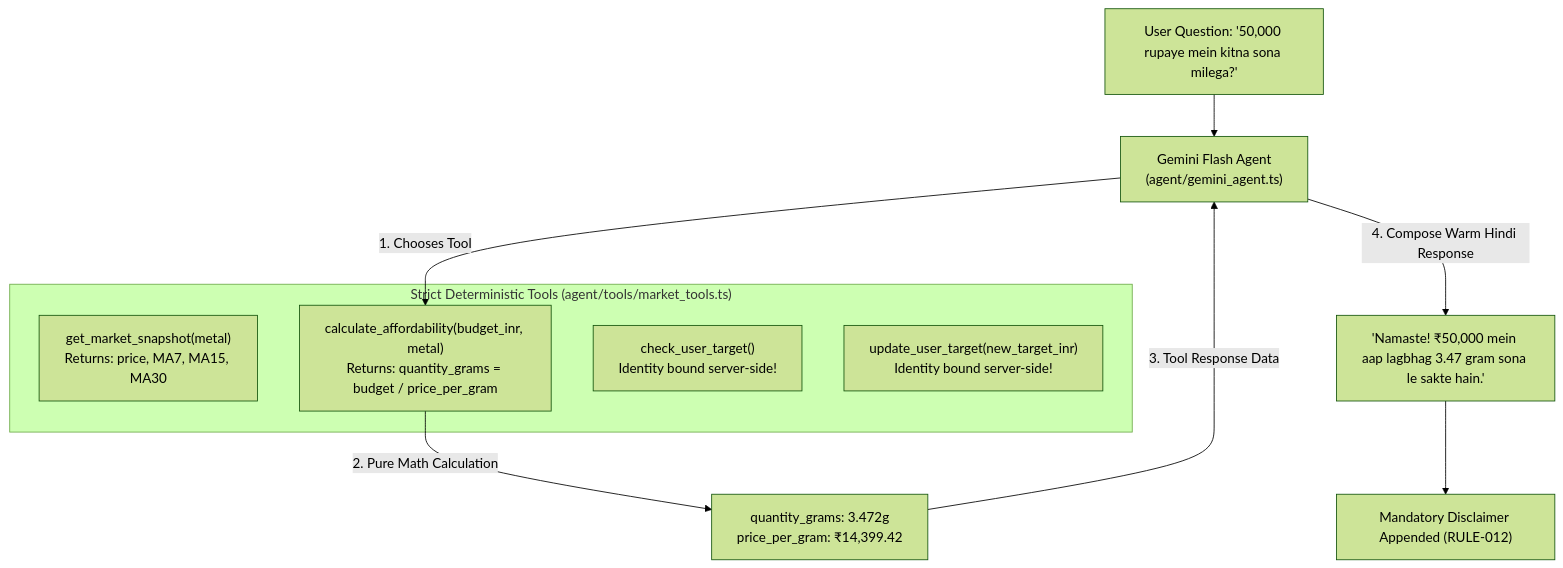
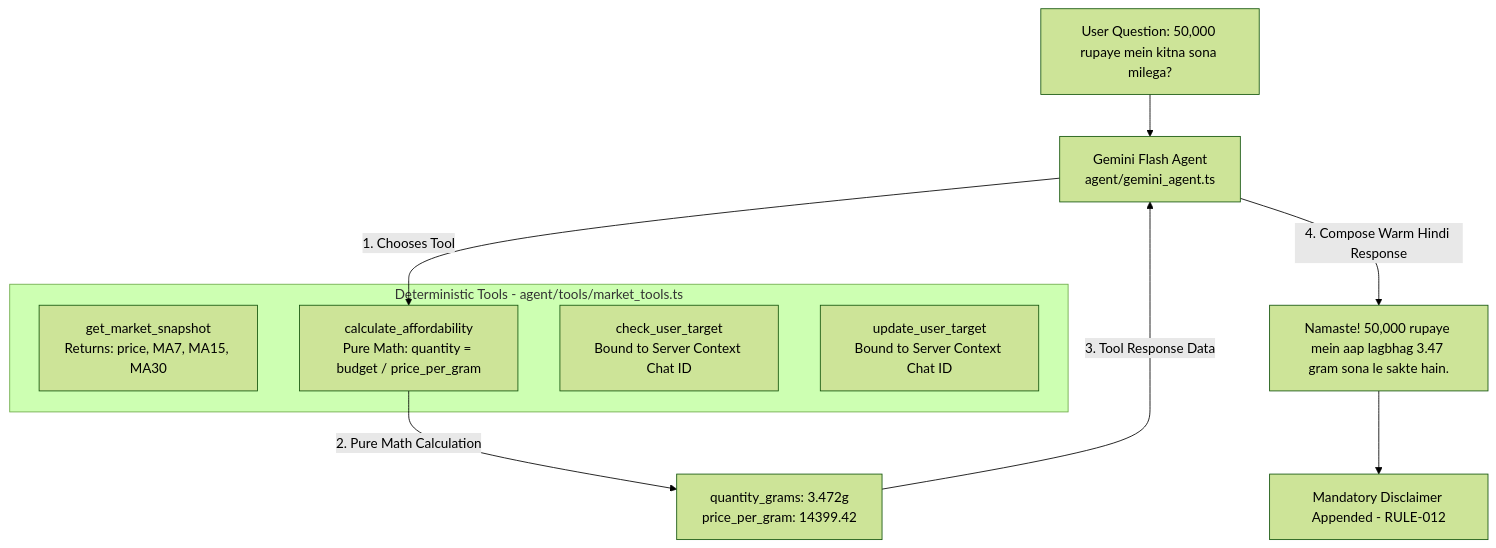
The fourth of 7 diagrams in README.md (HarshkumarG007/AurumAI), drawn with Mermaid (forest theme) before and after one commit. The commit also changed other lines of this file, not shown here.

Commit message:
fix(docs): resolve GitHub Mermaid diagram syntax errors and clean formatting

````diff
--- a/README.md
+++ b/README.md
@@ -291,17 +294,17 @@
 ```mermaid
 flowchart TD
-    USER_MSG["User Question: '50,000 rupaye mein kitna sona milega?'"] --> AGENT["Gemini Flash Agent<br>(agent/gemini_agent.ts)"]
+    USER_MSG["User Question: 50,000 rupaye mein kitna sona milega?"] --> AGENT["Gemini Flash Agent<br/>agent/gemini_agent.ts"]
     
-    subgraph Tool_Box["Strict Deterministic Tools (agent/tools/market_tools.ts)"]
-        T1["get_market_snapshot(metal)<br>Returns: price, MA7, MA15, MA30"]
-        T2["calculate_affordability(budget_inr, metal)<br>Returns: quantity_grams = budget / price_per_gram"]
-        T3["check_user_target()<br>Identity bound server-side!"]
-        T4["update_user_target(new_target_inr)<br>Identity bound server-side!"]
+    subgraph Deterministic_Tools ["Deterministic Tools - agent/tools/market_tools.ts"]
+        T1["get_market_snapshot<br/>Returns: price, MA7, MA15, MA30"]
+        T2["calculate_affordability<br/>Pure Math: quantity = budget / price_per_gram"]
+        T3["check_user_target<br/>Bound to Server Context Chat ID"]
+        T4["update_user_target<br/>Bound to Server Context Chat ID"]
     end
 
     AGENT -->|1. Chooses Tool| T2
-    T2 -->|2. Pure Math Calculation| NUMS["quantity_grams: 3.472g<br>price_per_gram: ₹14,399.42"]
+    T2 -->|2. Pure Math Calculation| NUMS["quantity_grams: 3.472g<br/>price_per_gram: 14399.42"]
     NUMS -->|3. Tool Response Data| AGENT
-    AGENT -->|4. Compose Warm Hindi Response| MSG["'Namaste! ₹50,000 mein aap lagbhag 3.47 gram sona le sakte hain.'"]
-    MSG --> DISCLAIMER["Mandatory Disclaimer Appended (RULE-012)"]
+    AGENT -->|4. Compose Warm Hindi Response| MSG["Namaste! 50,000 rupaye mein aap lagbhag 3.47 gram sona le sakte hain."]
+    MSG --> DISCLAIMER["Mandatory Disclaimer Appended - RULE-012"]
 ```
````
